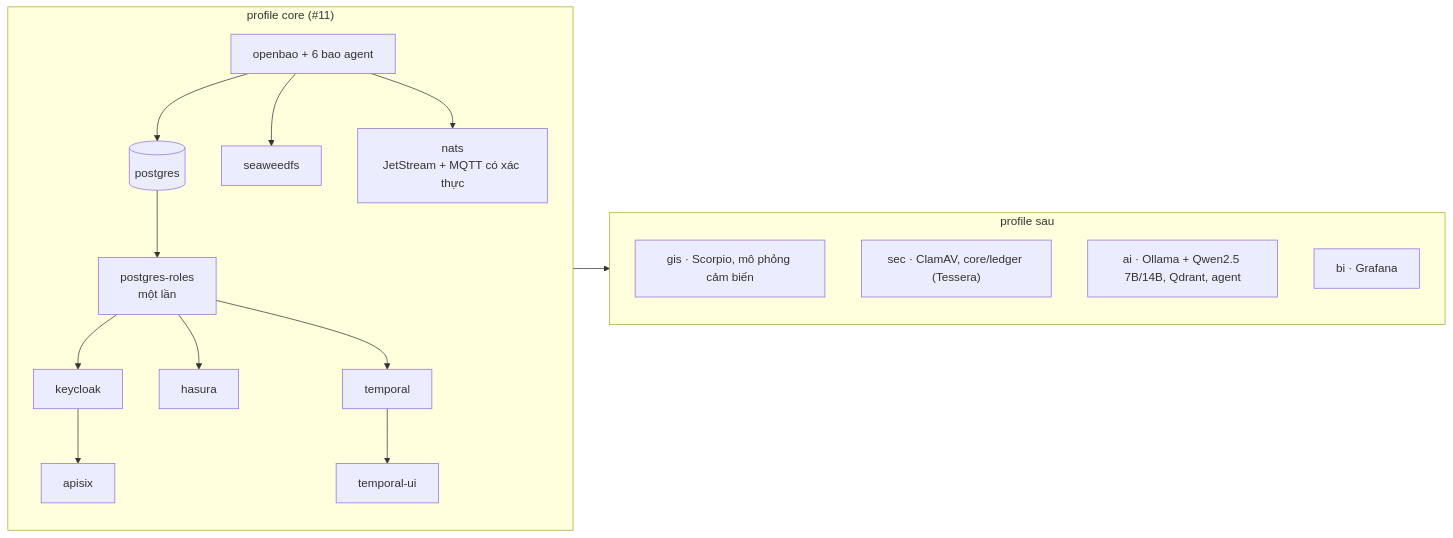
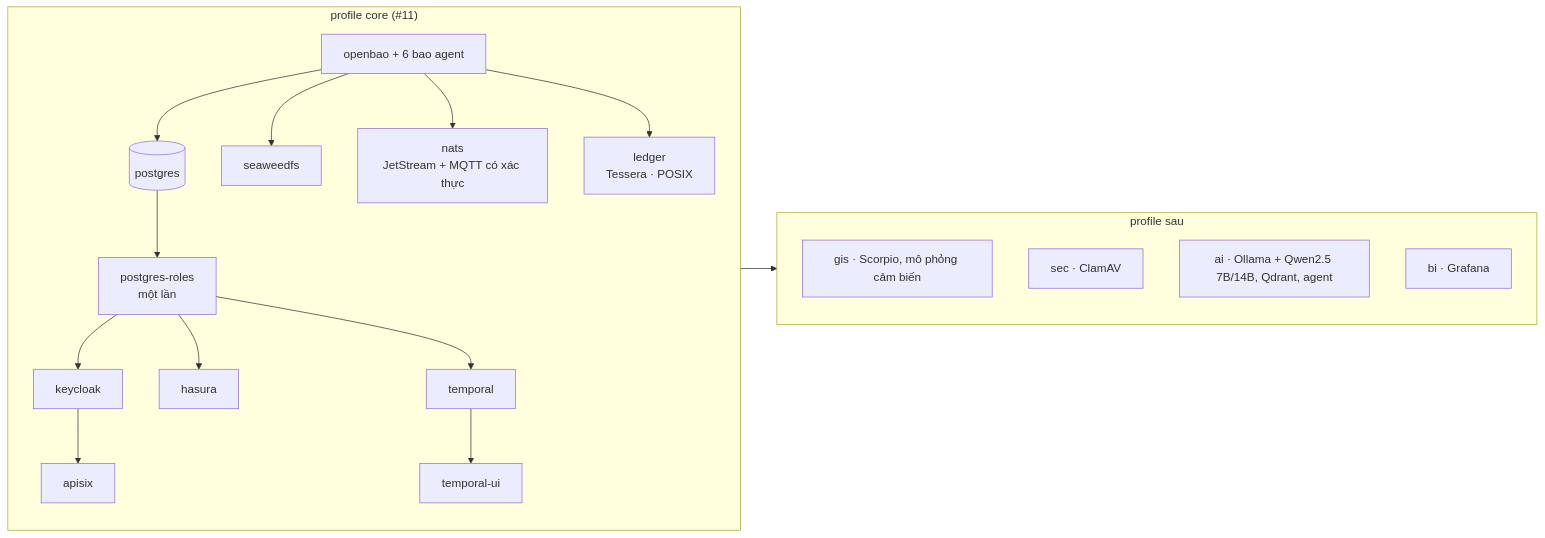
Before and after one commit to disaster-dxos/disaster-dxos: the fifth of 13 diagrams in docs/architecture.md, drawn with Mermaid. The commit also changed other lines of this file and 42 other files, not shown here.

````diff
--- a/docs/architecture.md
+++ b/docs/architecture.md
@@ -239,19 +242,20 @@
 ```mermaid
 flowchart LR
   subgraph core["profile core (#11)"]
     direction TB
     bao[openbao + 6 bao agent] --> pg[(postgres)] --> roles[postgres-roles<br/>một lần]
     roles --> kc[keycloak] --> gw[apisix]
     roles --> hs[hasura]
     roles --> tp[temporal] --> tui[temporal-ui]
     bao --> sw[seaweedfs]
     bao --> nt[nats<br/>JetStream + MQTT có xác thực]
+    bao --> ld[ledger<br/>Tessera · POSIX]
   end
   subgraph later["profile sau"]
     gis["gis · Scorpio, mô phỏng cảm biến"]
-    sec["sec · ClamAV, core/ledger (Tessera)"]
+    sec["sec · ClamAV"]
     ai["ai · Ollama + Qwen2.5 7B/14B, Qdrant, agent"]
     bi["bi · Grafana"]
   end
   core --> later
 ```
````
